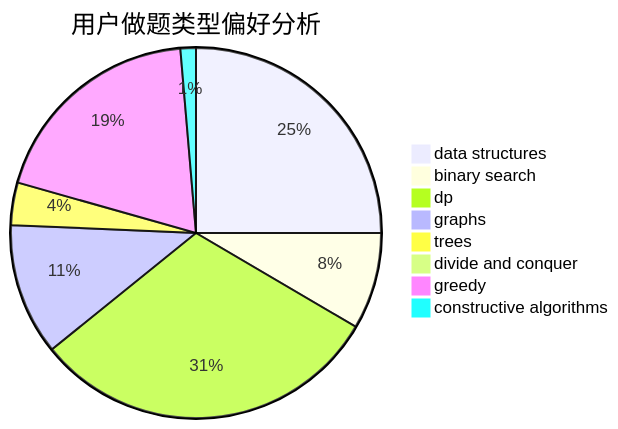
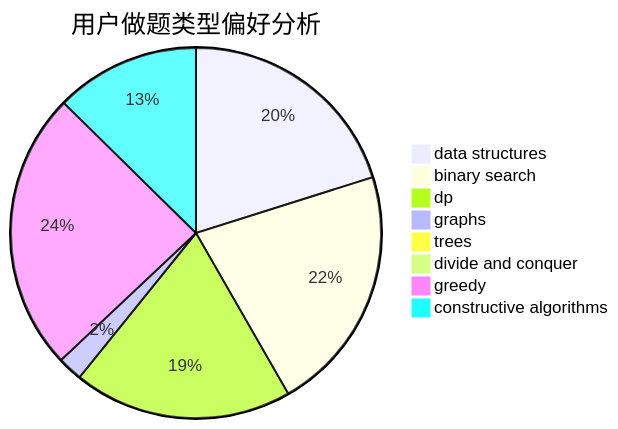
One commit to sherpahu/cfrs.github.io changed the second of 3 diagrams in docs/user/u268.md. Above: the diagram before and after it, drawn with Mermaid. The commit also changed other lines of this file and 2770 other files, not shown here.

````diff
--- a/docs/user/u268.md
+++ b/docs/user/u268.md
@@ -23,11 +23,11 @@
 ```mermaid
 pie title 用户做题类型偏好分析
-    "data structures" :  74
-    "binary search" :  25
-    "dp" :  91
-    "graphs" :  34
-    "trees" :  11
+    "data structures" :  464
+    "binary search" :  497
+    "dp" :  440
+    "graphs" :  50
+    "trees" :  0
     "divide and conquer" :  0
-    "greedy" :  57
-    "constructive algorithms" :  4
+    "greedy" :  562
+    "constructive algorithms" :  291
 ```
````
